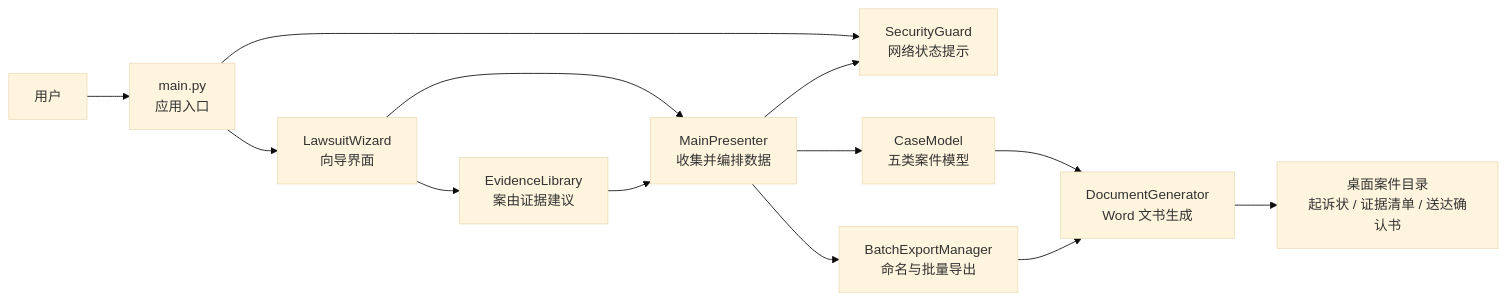
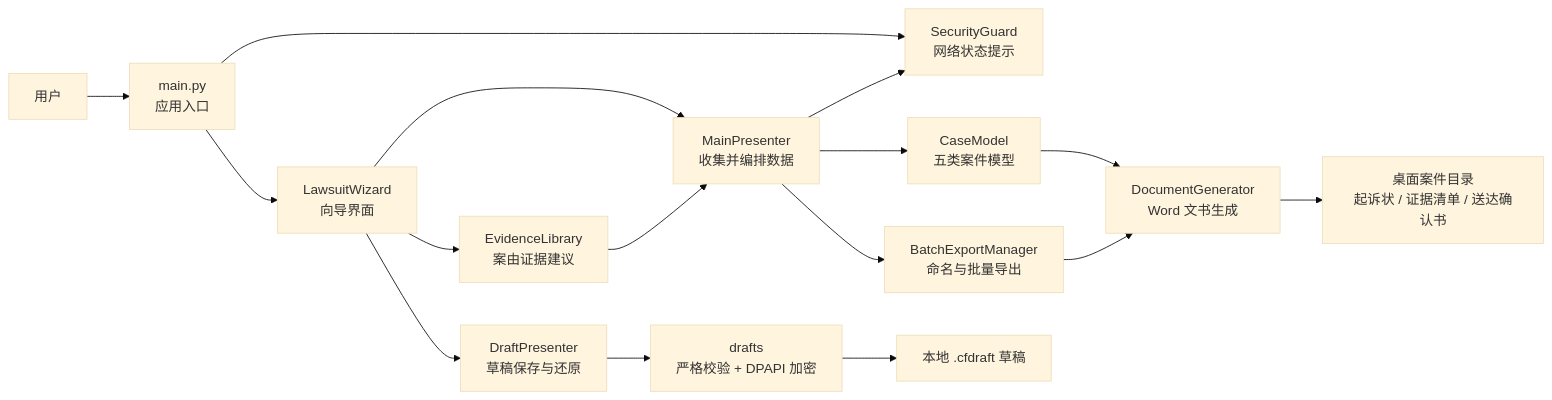
One commit to YGone-001/civil-filing-assistant changed the diagram in README.md. Above: the diagram before and after it, drawn with Mermaid (base theme). The commit also changed other lines of this file and 22 other files, not shown here.

````diff
--- a/README.md
+++ b/README.md
@@ -49,15 +52,18 @@
 ```mermaid
 flowchart LR
     User["用户"] --> Entry["main.py<br/>应用入口"]
     Entry --> Guard["SecurityGuard<br/>网络状态提示"]
     Entry --> View["LawsuitWizard<br/>向导界面"]
     View --> Presenter["MainPresenter<br/>收集并编排数据"]
     Presenter --> Models["CaseModel<br/>五类案件模型"]
     View --> Evidence["EvidenceLibrary<br/>案由证据建议"]
     Evidence --> Presenter
     Models --> Generator["DocumentGenerator<br/>Word 文书生成"]
     Presenter --> Batch["BatchExportManager<br/>命名与批量导出"]
     Batch --> Generator
     Generator --> Output["桌面案件目录<br/>起诉状 / 证据清单 / 送达确认书"]
     Presenter --> Guard
+    View --> DraftPresenter["DraftPresenter<br/>草稿保存与还原"]
+    DraftPresenter --> Drafts["drafts<br/>严格校验 + DPAPI 加密"]
+    Drafts --> DraftFile["本地 .cfdraft 草稿"]
 ```
````
